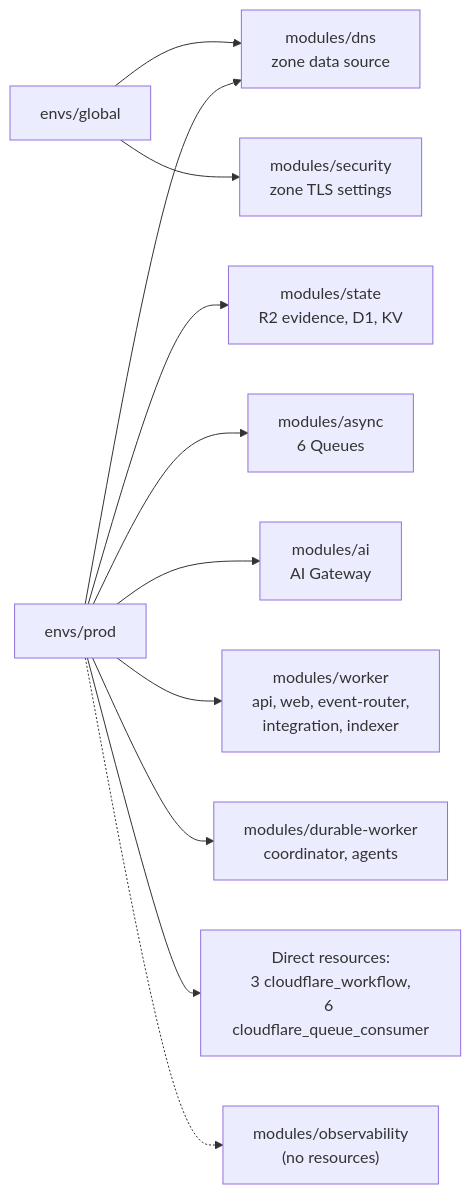
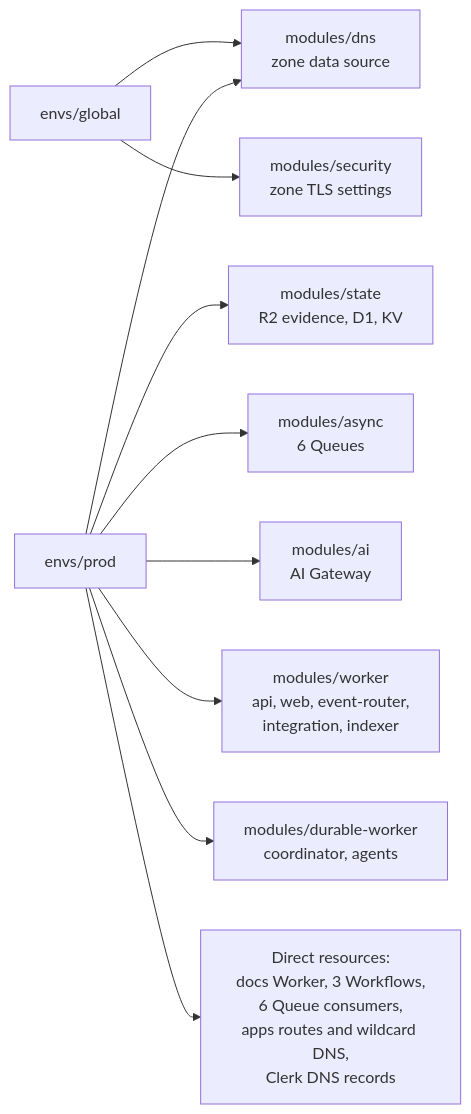
The second of 6 diagrams in docs/architecture/infrastructure-and-cost.md (nsudhanva/rhumbatron), drawn with Mermaid before and after one commit. The commit also changed other lines of this file and 47 other files, not shown here.

````diff
--- a/docs/architecture/infrastructure-and-cost.md
+++ b/docs/architecture/infrastructure-and-cost.md
@@ -44,24 +47,22 @@
 ```mermaid
 flowchart LR
   GLOB["envs/global"]
   ENV["envs/prod"]
   DNS["modules/dns<br/>zone data source"]
   SEC["modules/security<br/>zone TLS settings"]
   ST["modules/state<br/>R2 evidence, D1, KV"]
   AS["modules/async<br/>6 Queues"]
   AI["modules/ai<br/>AI Gateway"]
   WK["modules/worker<br/>api, web, event-router,<br/>integration, indexer"]
   DW["modules/durable-worker<br/>coordinator, agents"]
-  DIRECT["Direct resources:<br/>3 cloudflare_workflow,<br/>6 cloudflare_queue_consumer"]
-  PH["modules/observability<br/>(no resources)"]
+  DIRECT["Direct resources:<br/>docs Worker, 3 Workflows,<br/>6 Queue consumers,<br/>apps routes and wildcard DNS,<br/>Clerk DNS records"]
   GLOB --> DNS
   GLOB --> SEC
   ENV --> DNS
   ENV --> ST
   ENV --> AS
   ENV --> AI
   ENV --> WK
   ENV --> DW
   ENV --> DIRECT
-  ENV -.-> PH
 ```
````
